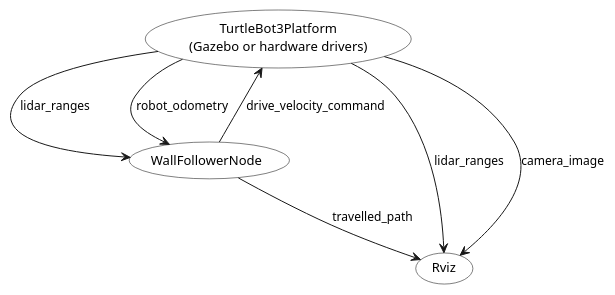
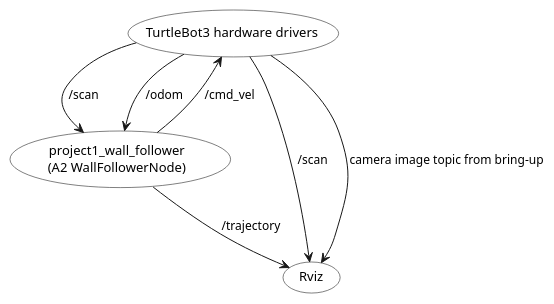
One commit to cowwwww/MTRX3760_Group30_Project1 changed the diagram in Report ROS/ROS diagram.puml. Above: the diagram before and after it, drawn with PlantUML. The commit also changed 39 other files, not shown here.

```diff
--- a/Report ROS/ROS diagram.puml
+++ b/Report ROS/ROS diagram.puml
@@ -1,22 +1,22 @@
 @startuml
 skinparam shadowing false
 skinparam usecase {
   BackgroundColor White
   BorderColor Black
   FontSize 13
 }
 skinparam ArrowFontSize 12
 skinparam nodesep 40
 skinparam ranksep 55
 
-usecase "TurtleBot3Platform\n(Gazebo or hardware drivers)" as Platform
-usecase "WallFollowerNode" as Follower
+usecase "TurtleBot3 hardware drivers" as Platform
+usecase "project1_wall_follower\n(A2 WallFollowerNode)" as Follower
 usecase "Rviz" as Rviz
 
-Platform --> Follower : lidar_ranges
-Platform --> Follower : robot_odometry
-Follower --> Platform : drive_velocity_command
-Follower --> Rviz     : travelled_path
-Platform --> Rviz     : lidar_ranges
-Platform --> Rviz     : camera_image
+Platform --> Follower : /scan
+Platform --> Follower : /odom
+Follower --> Platform : /cmd_vel
+Follower --> Rviz     : /trajectory
+Platform --> Rviz     : /scan
+Platform --> Rviz     : camera image topic from bring-up
 @enduml
```
